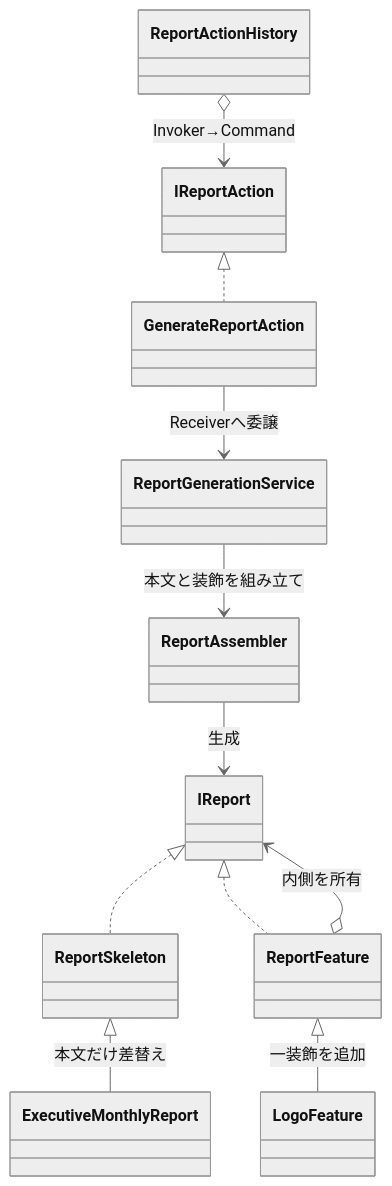
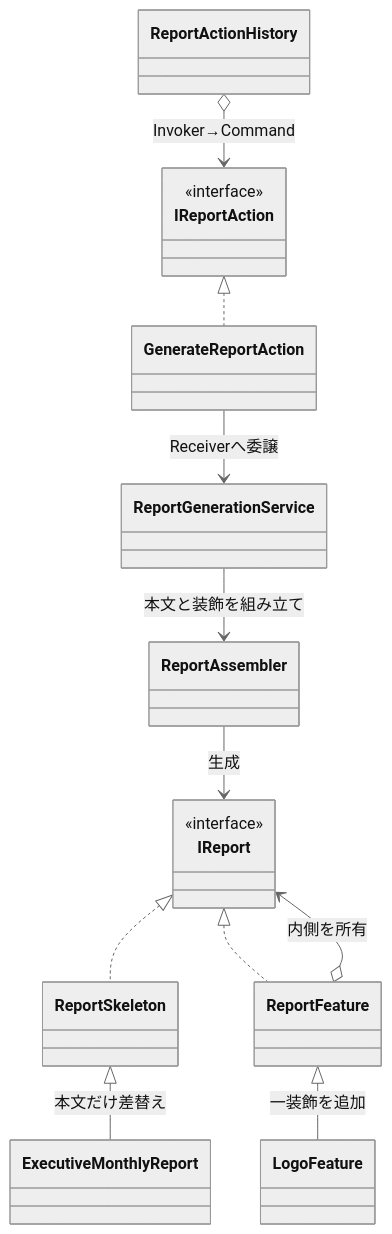
Diagram 17 of 18 in kindle/design-patterns/output/chapter11.md (kumachan1101-pixel/DesignPattern), drawn with Mermaid (neutral theme) before and after one commit. The commit also changed other lines of this file and 30 other files, not shown here.

````diff
--- a/kindle/design-patterns/output/chapter11.md
+++ b/kindle/design-patterns/output/chapter11.md
@@ -3910,25 +3922,25 @@
 ```mermaid
 classDiagram
     direction TB
     class ReportActionHistory
-    class IReportAction
+    class IReportAction { <<interface>> }
     class GenerateReportAction
     class ReportGenerationService
     class ReportAssembler
-    class IReport
+    class IReport { <<interface>> }
     class ReportSkeleton
     class ExecutiveMonthlyReport
     class ReportFeature
     class LogoFeature
 
     ReportActionHistory o--> IReportAction : Invoker→Command
     IReportAction <|.. GenerateReportAction
     GenerateReportAction --> ReportGenerationService : Receiverへ委譲
     ReportGenerationService --> ReportAssembler : 本文と装飾を組み立て
     ReportAssembler --> IReport : 生成
     IReport <|.. ReportSkeleton
     ReportSkeleton <|-- ExecutiveMonthlyReport : 本文だけ差替え
     IReport <|.. ReportFeature
     ReportFeature o--> IReport : 内側を所有
     ReportFeature <|-- LogoFeature : 一装飾を追加
 ```
````
